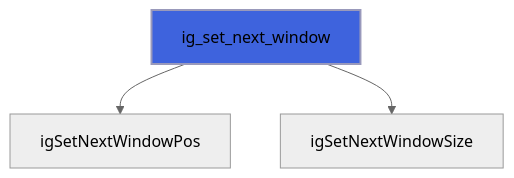
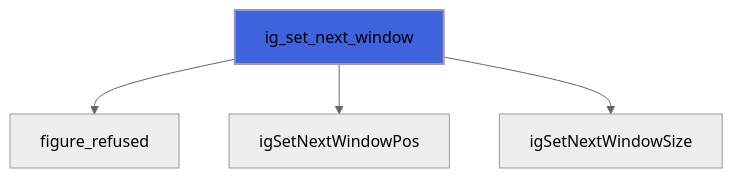
One commit to szaghi/figure changed the third of 39 diagrams in docs/api/src/lib/figure_imgui.md. Above: the diagram before and after it, drawn with Mermaid (neutral theme). The commit also changed other lines of this file and 10 other files, not shown here.

````diff
--- a/docs/api/src/lib/figure_imgui.md
+++ b/docs/api/src/lib/figure_imgui.md
@@ -152,6 +156,7 @@
 ```mermaid
 flowchart TD
+  ig_set_next_window["ig_set_next_window"] --> figure_refused["figure_refused"]
   ig_set_next_window["ig_set_next_window"] --> igSetNextWindowPos["igSetNextWindowPos"]
   ig_set_next_window["ig_set_next_window"] --> igSetNextWindowSize["igSetNextWindowSize"]
   style ig_set_next_window fill:#3e63dd,stroke:#99b,stroke-width:2px
 ```
````
